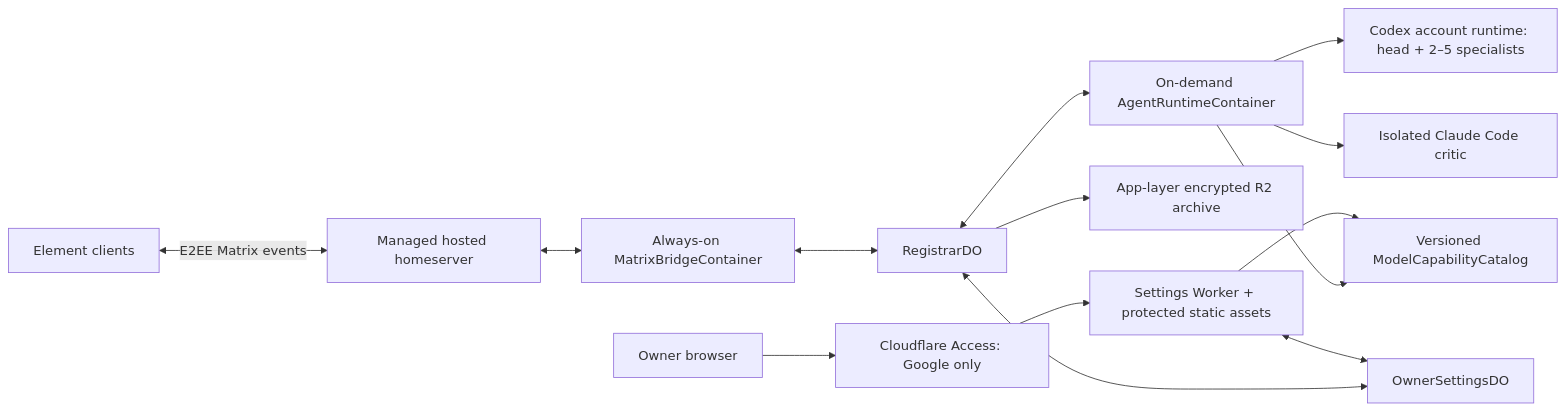
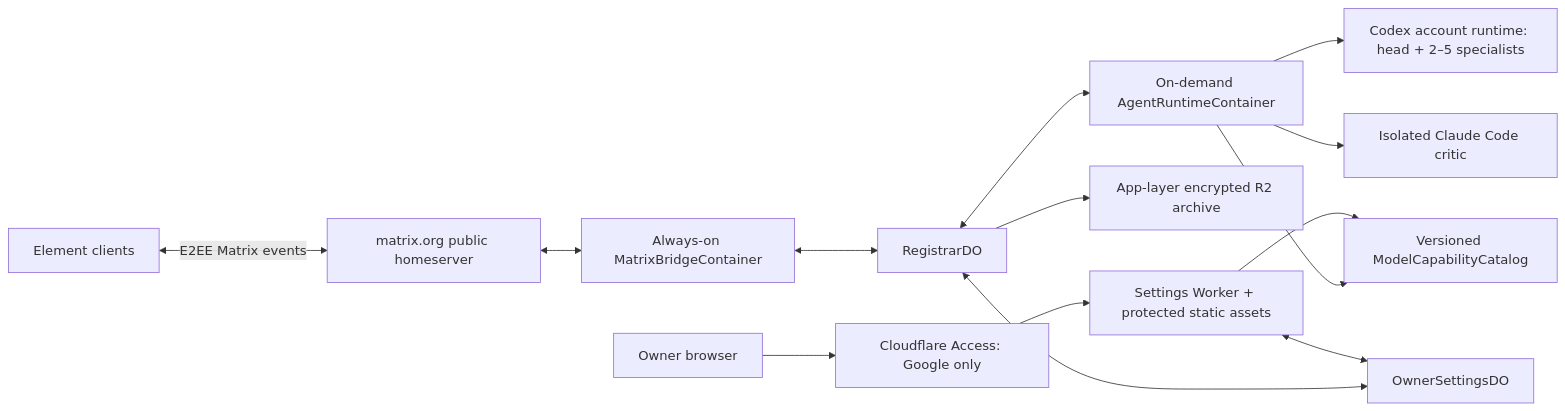
One commit to Ingwarski/personal-ai-consulting-group-godaddy changed the diagram in docs/architecture.md. Above: the diagram before and after it, drawn with Mermaid. The commit also changed other lines of this file and 150 other files, not shown here.

````diff
--- a/docs/architecture.md
+++ b/docs/architecture.md
@@ -76,16 +76,16 @@
 ```mermaid
 flowchart LR
-    E["Element clients"] <-->|"E2EE Matrix events"| H["Managed hosted homeserver"]
+    E["Element clients"] <-->|"E2EE Matrix events"| H["matrix.org public homeserver"]
     H <--> B["Always-on MatrixBridgeContainer"]
     B <--> R["RegistrarDO"]
     R <--> A["On-demand AgentRuntimeContainer"]
     A --> C["Codex account runtime: head + 2–5 specialists"]
     A --> K["Isolated Claude Code critic"]
     R --> X["App-layer encrypted R2 archive"]
     W["Owner browser"] --> Z["Cloudflare Access: Google only"]
     Z --> S["Settings Worker + protected static assets"]
     S <--> O["OwnerSettingsDO"]
     R <--> O
     S --> M["Versioned ModelCapabilityCatalog"]
     A --> M
 ```
````
